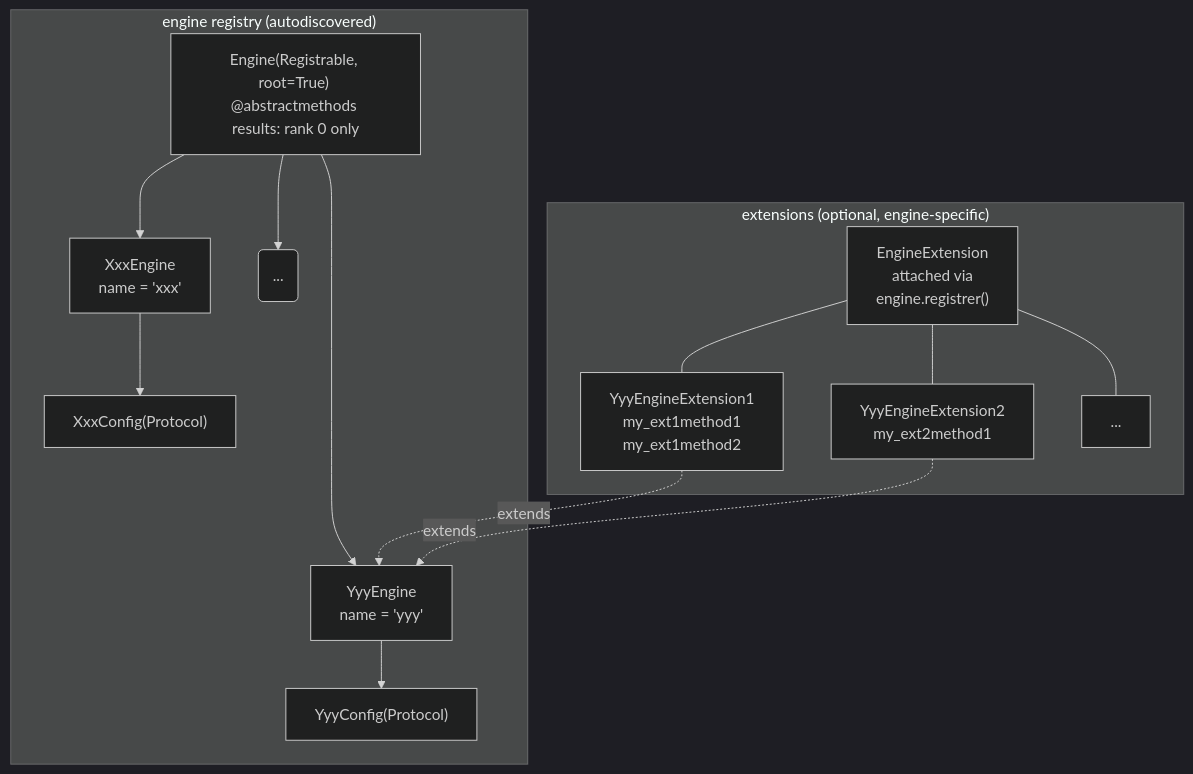
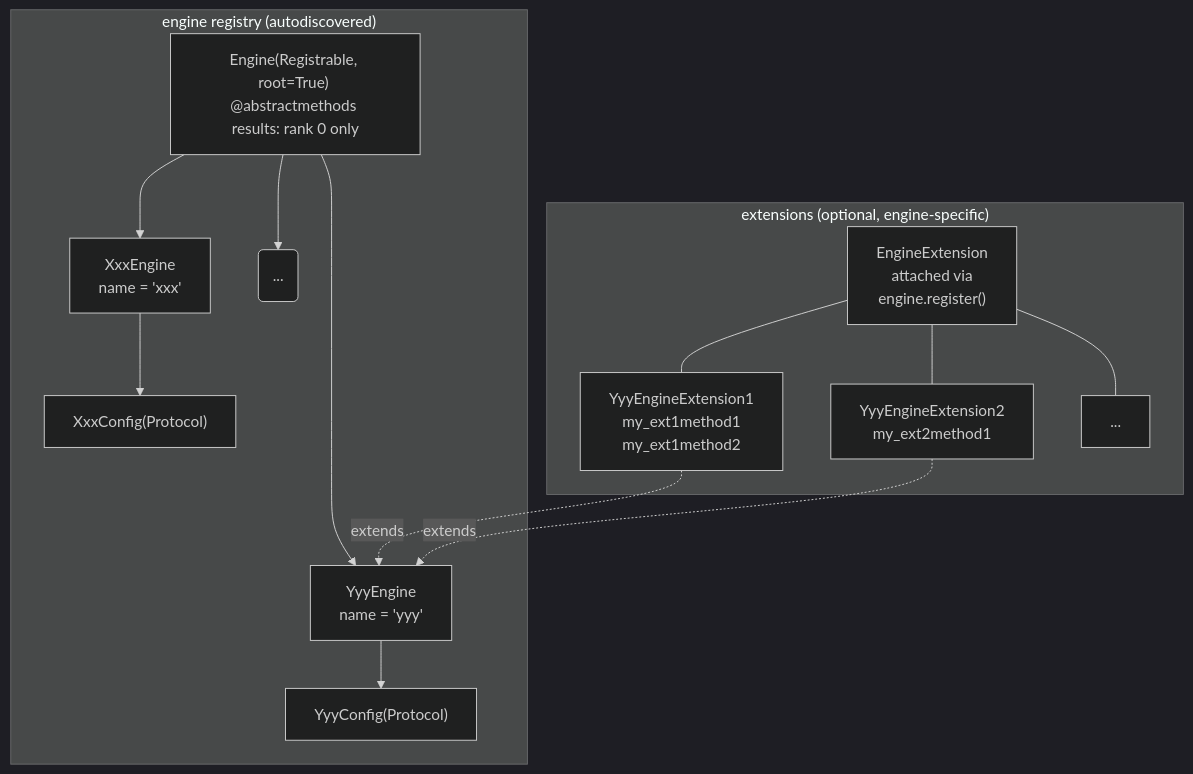
Before and after one commit to Kerrator/pyKMC: the diagram in docs/developer_guide/engine.md, drawn with Mermaid (dark theme). The commit also changed other lines of this file and 6 other files, not shown here.

````diff
--- a/docs/developer_guide/engine.md
+++ b/docs/developer_guide/engine.md
@@ -9,32 +9,32 @@
 ```mermaid 
 graph TB;
 subgraph engine_registry["engine registry (autodiscovered)"]
 B["Engine(Registrable, root=True) 
 @abstractmethods 
 results: rank 0 only"]
 B --> C["XxxEngine 
 name = 'xxx'"];
 B --> D(" ... ");
 B --> E["YyyEngine 
 name = 'yyy'"];
 C --> F["XxxConfig(Protocol)"]
 E --> G["YyyConfig(Protocol)"]
 end
 subgraph extensions["extensions (optional, engine-specific)"]
 H["EngineExtension 
 attached via 
-engine.registrer()"]
+engine.register()"]
 I["YyyEngineExtension1 
 my_ext1method1 
 my_ext1method2"]
 J["YyyEngineExtension2 
 my_ext2method1"]
 K["..."]
 H --- I
 H --- J
 H --- K
 end
 engine_registry ~~~ extensions
 I -.->|extends| E
 J -.->|extends| E
 ```
````
